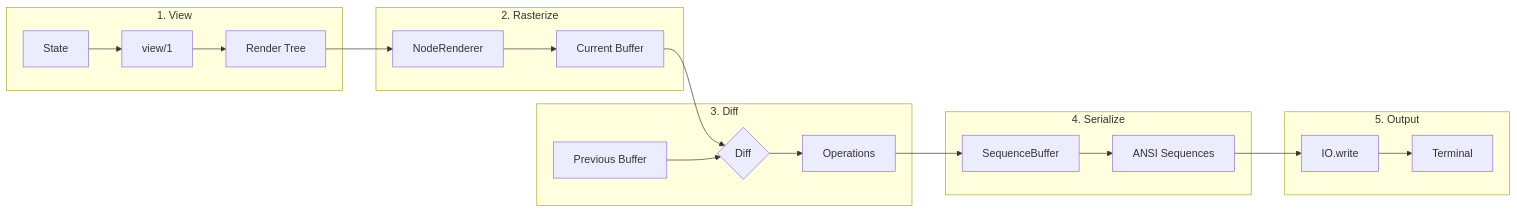
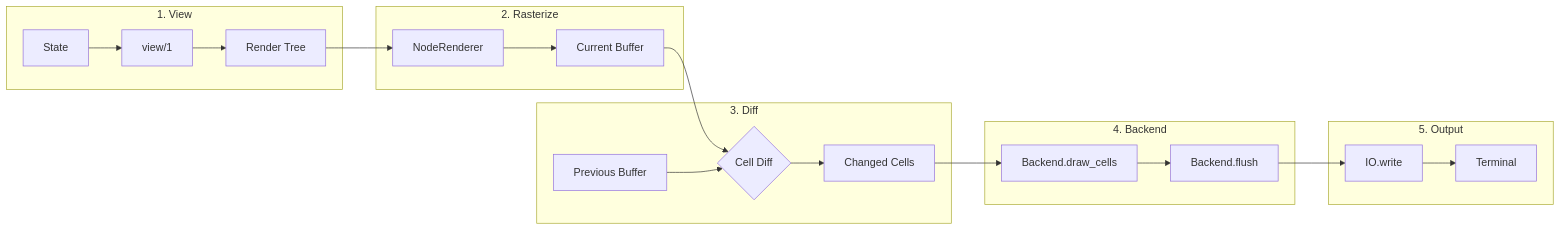
Before and after one commit to pcharbon70/term_ui: the first of 3 diagrams in guides/developer/03-rendering-pipeline.md, drawn with Mermaid. The commit also changed other lines of this file and 241 other files, not shown here.

````diff
--- a/guides/developer/03-rendering-pipeline.md
+++ b/guides/developer/03-rendering-pipeline.md
@@ -7,28 +7,28 @@
 ```mermaid
 graph LR
     subgraph "1. View"
         S[State] --> V[view/1]
         V --> RT[Render Tree]
     end
 
     subgraph "2. Rasterize"
         RT --> NR[NodeRenderer]
         NR --> CB[Current Buffer]
     end
 
     subgraph "3. Diff"
-        CB --> D{Diff}
+        CB --> D{Cell Diff}
         PB[Previous Buffer] --> D
-        D --> OPS[Operations]
+        D --> CC[Changed Cells]
     end
 
-    subgraph "4. Serialize"
-        OPS --> SB[SequenceBuffer]
-        SB --> ANSI[ANSI Sequences]
+    subgraph "4. Backend"
+        CC --> BE[Backend.draw_cells]
+        BE --> FL[Backend.flush]
     end
 
     subgraph "5. Output"
-        ANSI --> IO[IO.write]
+        FL --> IO[IO.write]
         IO --> T[Terminal]
     end
 ```
````
